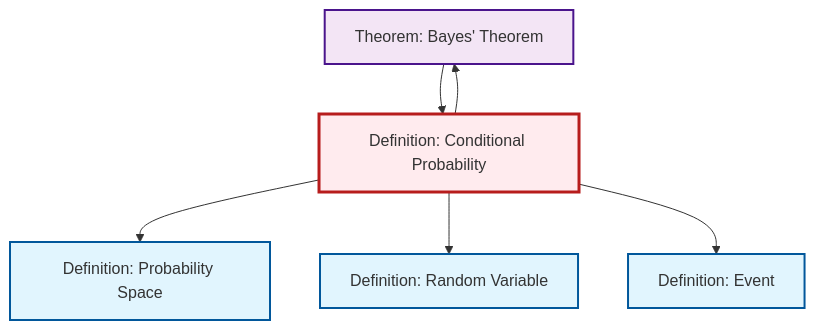
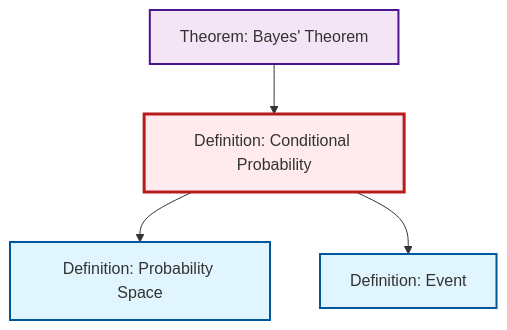
One commit to RK0429/ModernMath changed the diagram in content/en/probability-statistics/def-conditional-probability.qmd. Above: the diagram before and after it, drawn with Mermaid. The commit also changed 511 other files, not shown here.

````diff
--- a/content/en/probability-statistics/def-conditional-probability.qmd
+++ b/content/en/probability-statistics/def-conditional-probability.qmd
@@ -69,25 +69,17 @@
 ```{mermaid}
 %%| fig-cap: "Local dependency graph"
 graph TD
     classDef definition fill:#e1f5fe,stroke:#01579b,stroke-width:2px
     classDef theorem fill:#f3e5f5,stroke:#4a148c,stroke-width:2px
     classDef axiom fill:#fff3e0,stroke:#e65100,stroke-width:2px
     classDef example fill:#e8f5e9,stroke:#1b5e20,stroke-width:2px
     classDef current fill:#ffebee,stroke:#b71c1c,stroke-width:3px
-    def-event["Definition: Event"]:::definition
-    def-random-variable["Definition: Random Variable"]:::definition
+    def-conditional-probability["Definition: Conditional Probability"]:::definition
     thm-bayes["Theorem: Bayes' Theorem"]:::theorem
     def-probability-space["Definition: Probability Space"]:::definition
-    def-conditional-probability["Definition: Conditional Probability"]:::definition
+    def-event["Definition: Event"]:::definition
     def-conditional-probability --> def-probability-space
-    def-conditional-probability --> def-random-variable
     def-conditional-probability --> def-event
-    def-conditional-probability --> thm-bayes
     thm-bayes --> def-conditional-probability
     class def-conditional-probability current
-
-    click def-event "def-event.html" "Go to Event definition"
-    click def-random-variable "def-random-variable.html" "Go to Random Variable definition"
-    click thm-bayes "thm-bayes.html" "Go to Bayes' Theorem theorem"
-    click def-probability-space "def-probability-space.html" "Go to Probability Space definition"
 ```
````
